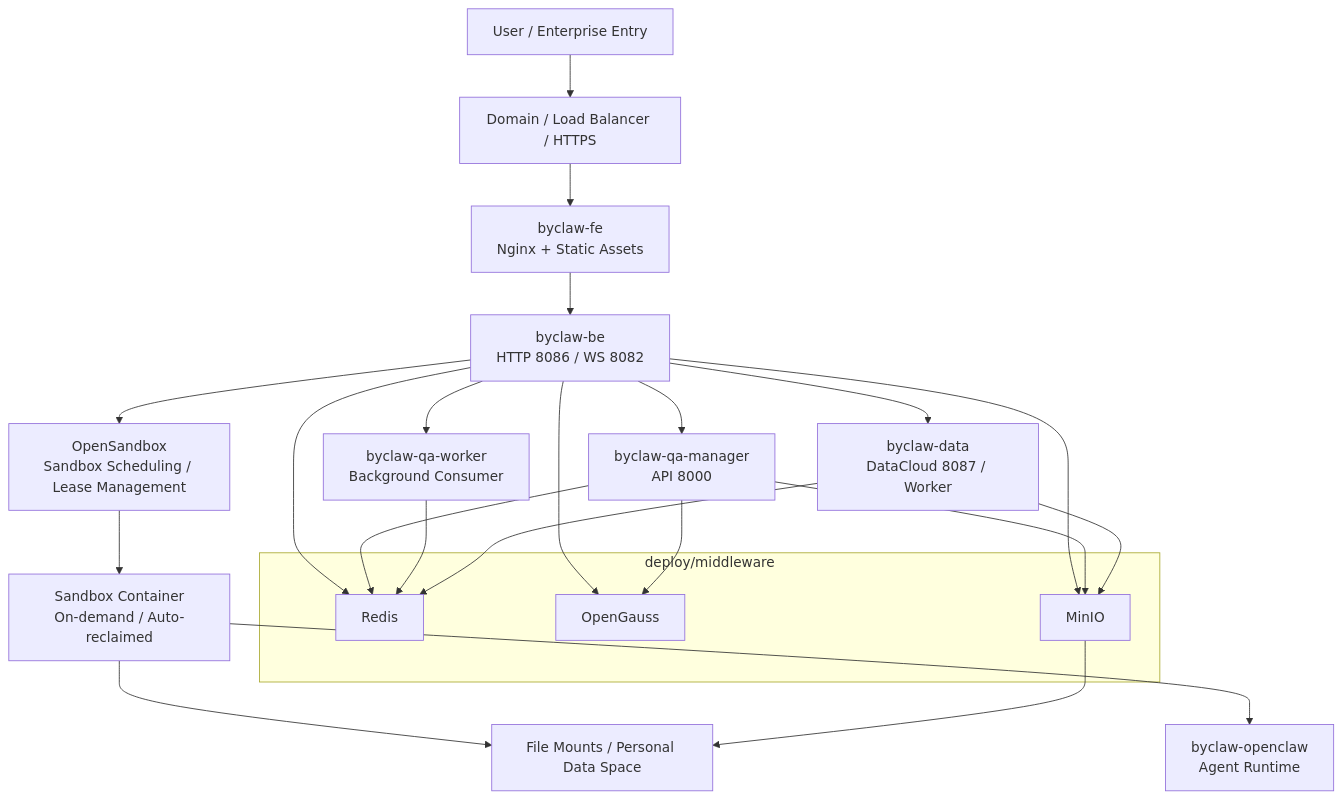
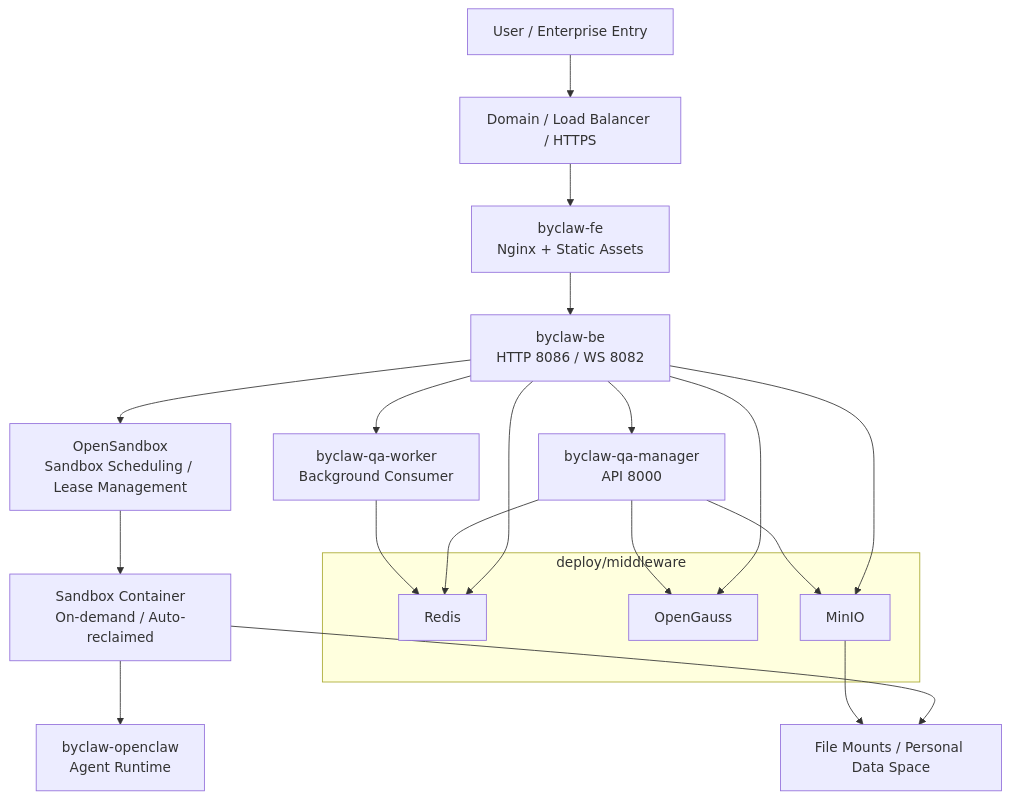
The fourth of 5 diagrams in README_EN.md (beyonai/ByClaw), drawn with Mermaid before and after one commit. The commit also changed other lines of this file and 1 other file, not shown here.

Commit message:
docs: remove byclaw-data from the architecture overview

````diff
--- a/README_EN.md
+++ b/README_EN.md
@@ -174,28 +170,25 @@
 ```mermaid
 flowchart TB
     user["User / Enterprise Entry"] --> lb["Domain / Load Balancer / HTTPS"]
     lb --> feC["byclaw-fe<br/>Nginx + Static Assets"]
     feC --> beC["byclaw-be<br/>HTTP 8086 / WS 8082"]
     beC --> qaApi["byclaw-qa-manager<br/>API 8000"]
     beC --> qaWorker["byclaw-qa-worker<br/>Background Consumer"]
-    beC --> dataC["byclaw-data<br/>DataCloud 8087 / Worker"]
     beC --> sandboxC["OpenSandbox<br/>Sandbox Scheduling / Lease Management"]
     sandboxC --> sandboxContainer["Sandbox Container<br/>On-demand / Auto-reclaimed"]
     sandboxContainer --> openclawC["byclaw-openclaw<br/>Agent Runtime"]
     subgraph middleware["deploy/middleware"]
         redisC["Redis"]
         dbC["OpenGauss"]
         minioC["MinIO"]
     end
     beC --> redisC
     beC --> dbC
     beC --> minioC
     qaApi --> redisC
     qaApi --> dbC
     qaApi --> minioC
     qaWorker --> redisC
-    dataC --> redisC
-    dataC --> minioC
     sandboxContainer --> mount["File Mounts / Personal Data Space"]
     minioC --> mount
 ```
````
